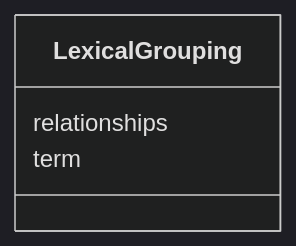
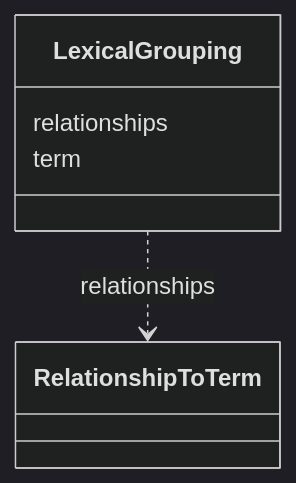
One commit to INCATools/ontology-access-kit changed the diagram in lexical-index/LexicalGrouping.md. Above: the diagram before and after it, drawn with Mermaid (dark theme). The commit also changed other lines of this file and 1783 other files, not shown here.

````diff
--- a/lexical-index/LexicalGrouping.md
+++ b/lexical-index/LexicalGrouping.md
@@ -11,7 +11,11 @@
 ```{mermaid}
  classDiagram
     class LexicalGrouping
       LexicalGrouping : relationships
+        
+          LexicalGrouping ..> RelationshipToTerm : relationships
+        
       LexicalGrouping : term
+        
       
 ```
````
